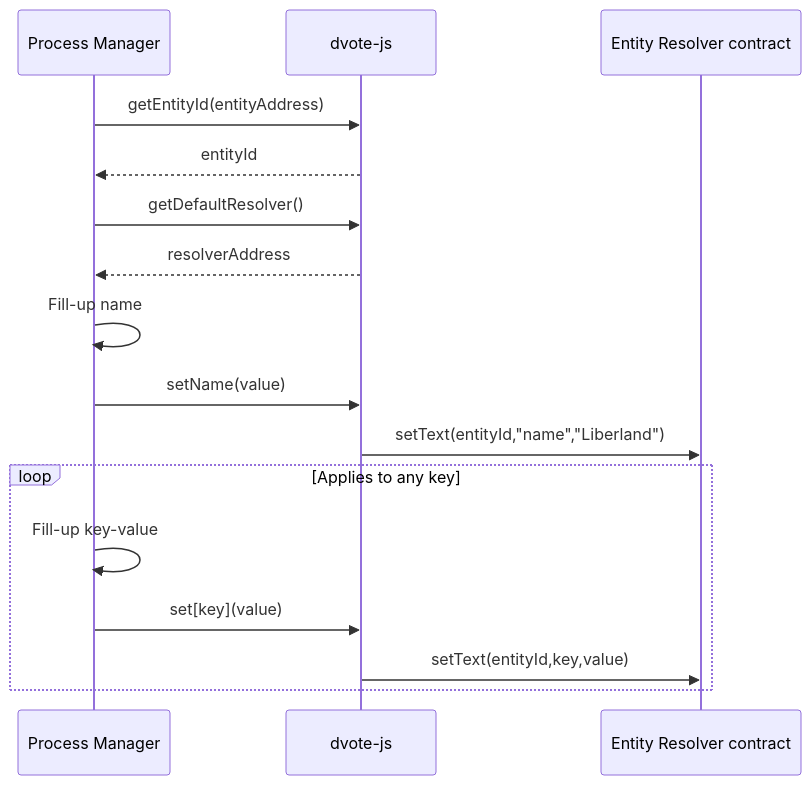
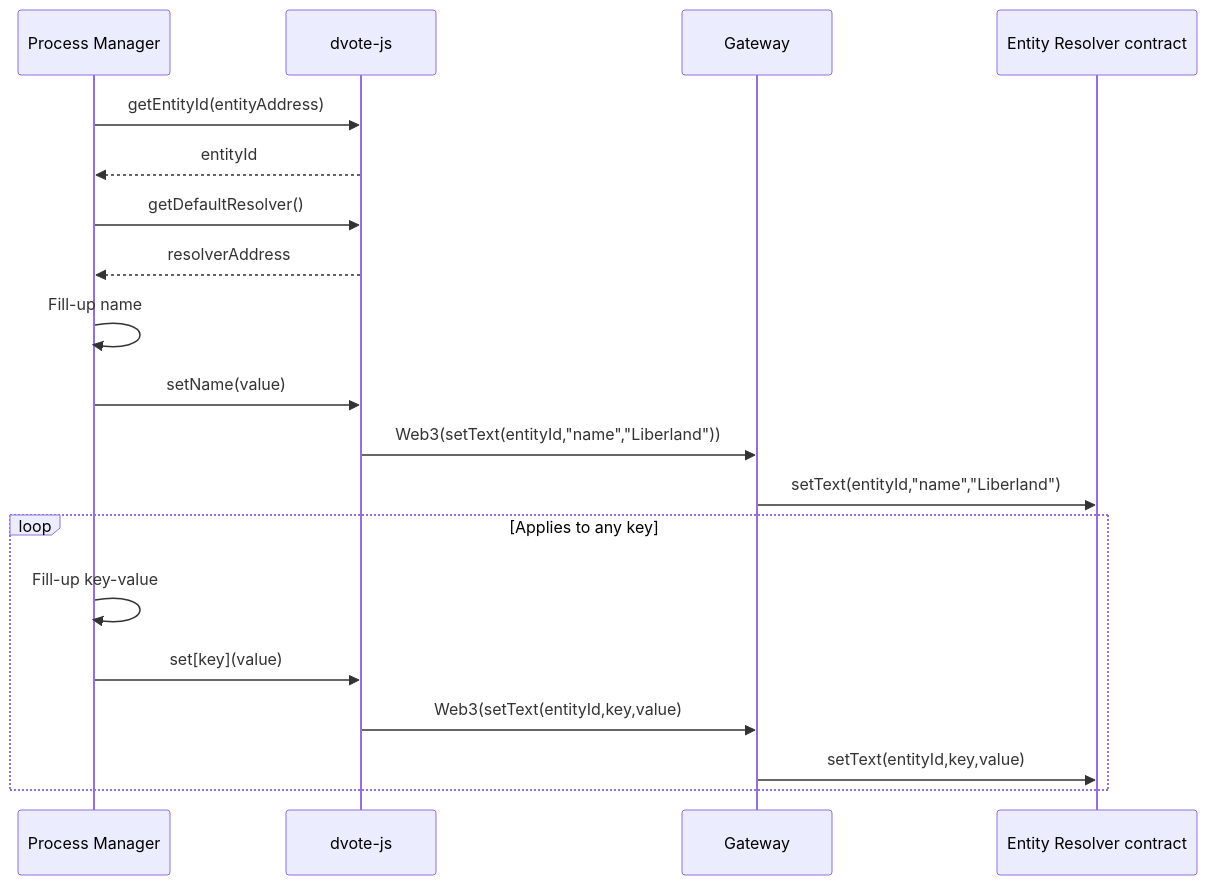
Before and after one commit to vocdoni/docs: the third of 15 diagrams in docs/protocol/sequence-diagrams.md, drawn with Mermaid. The commit also changed other lines of this file, not shown here.

Commit message:
modified sequence diagrams to include gateway dependency

````diff
--- a/docs/protocol/sequence-diagrams.md
+++ b/docs/protocol/sequence-diagrams.md
@@ -75,24 +75,27 @@
 ```mermaid
 
 sequenceDiagram
     participant PM as Process Manager
     participant DV as dvote-js
+    participant GW as Gateway
     participant ER as Entity Resolver contract
 
     PM->>DV: getEntityId(entityAddress)
     DV-->>PM: entityId
 
     PM->>DV: getDefaultResolver()
     DV-->>PM: resolverAddress
 
     PM->>PM: Fill-up name
     PM->>DV: setName(value)
-        DV->>ER: setText(entityId,"name","Liberland")
+        DV->>GW: Web3(setText(entityId,"name","Liberland"))
+        GW->>ER: setText(entityId,"name","Liberland")
 
     loop Applies to any key
         PM->>PM: Fill-up key-value
         PM->>DV: set[key](value)
-        DV->>ER: setText(entityId,key,value)
+        DV->>GW: Web3(setText(entityId,key,value)
+        GW->>ER: setText(entityId,key,value)
     end
 
 ```
````
